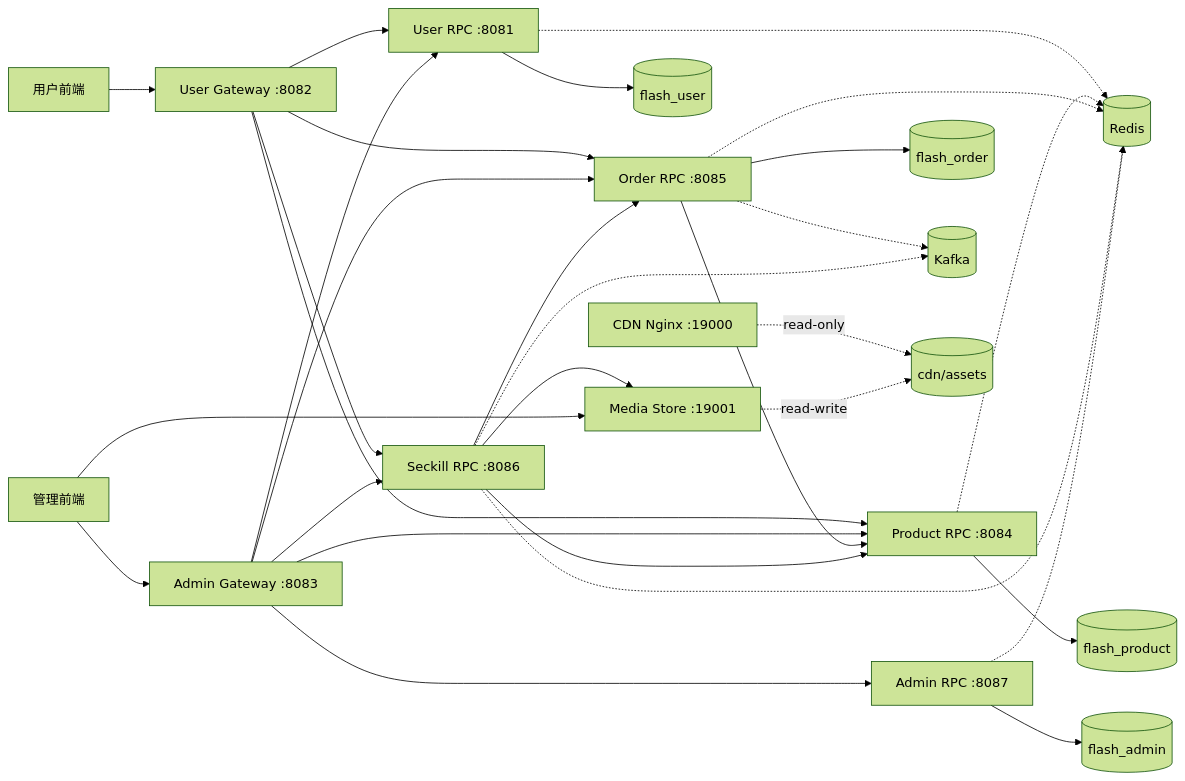
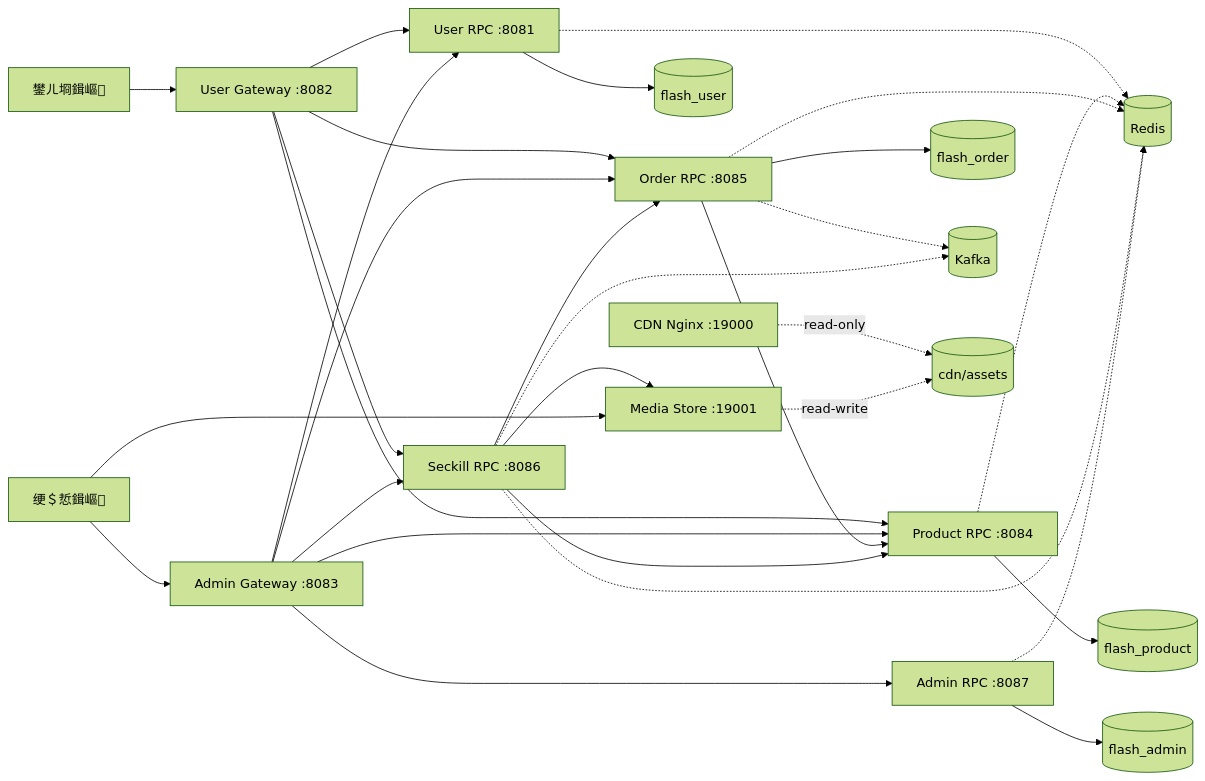
The first of 2 diagrams in docs/architecture/01-system-and-code-architecture.md (trynewthin/FlashSale), drawn with Mermaid (forest theme) before and after one commit. The commit also changed other lines of this file and 169 other files, not shown here.

````diff
--- a/docs/architecture/01-system-and-code-architecture.md
+++ b/docs/architecture/01-system-and-code-architecture.md
@@ -15,39 +15,39 @@
 ```mermaid
 flowchart LR
-  U[用户前端] --> UG[User Gateway :8082]
-  A[管理前端] --> AG[Admin Gateway :8083]
+  U[鐢ㄦ埛鍓嶇] --> UG[User Gateway :8082]
+  A[绠＄悊鍓嶇] --> AG[Admin Gateway :8083]
 
   UG --> URPC[User RPC :8081]
   UG --> PRPC[Product RPC :8084]
   UG --> ORPC[Order RPC :8085]
   UG --> SRPC[Seckill RPC :8086]
 
   AG --> URPC
   AG --> PRPC
   AG --> ORPC
   AG --> SRPC
   AG --> ARPC[Admin RPC :8087]
 
   ORPC --> PRPC
   SRPC --> PRPC
   SRPC --> ORPC
 
   URPC --> MU[(flash_user)]
   PRPC --> MP[(flash_product)]
   ORPC --> MO[(flash_order)]
   SRPC --> MS[(flash_seckill)]
   ARPC --> MA[(flash_admin)]
 
   URPC -.-> R[(Redis)]
   PRPC -.-> R
   ORPC -.-> R
   SRPC -.-> R
   ARPC -.-> R
 
   ORPC -.-> K[(Kafka)]
   SRPC -.-> K
 
   CDN[CDN Nginx :19000] -.-> |read-only| VOL[(cdn/assets)]
   MS[Media Store :19001] -.-> |read-write| VOL
   A --> MS
 ```
````
